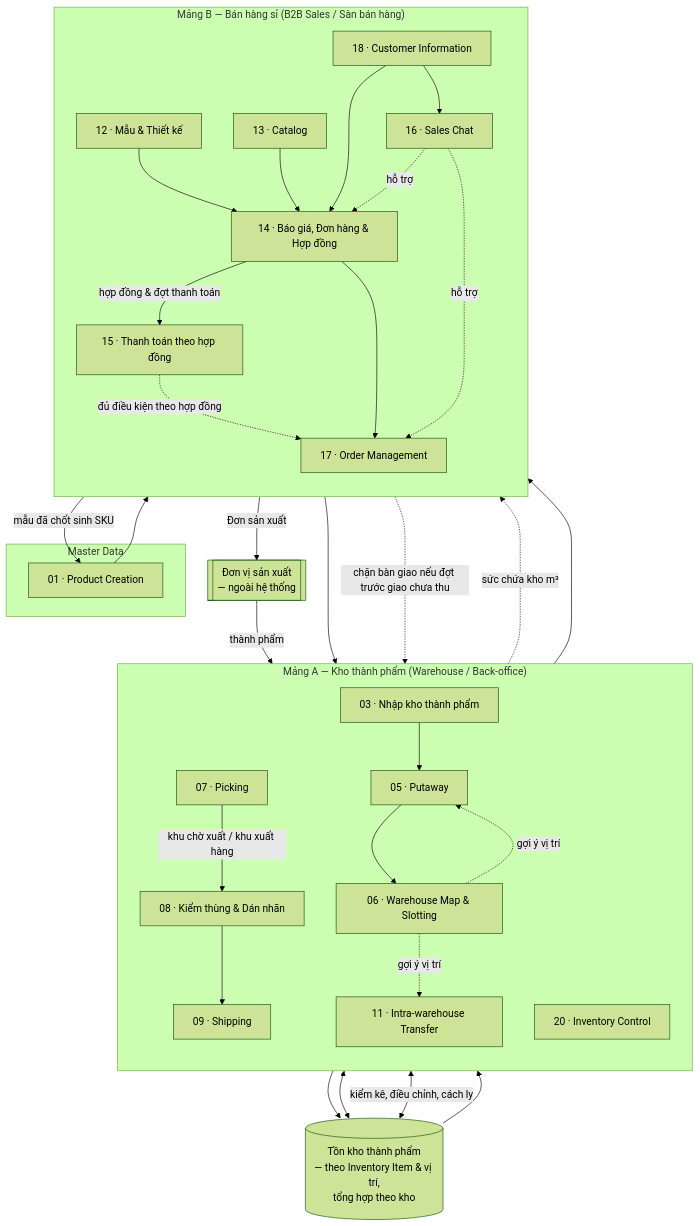
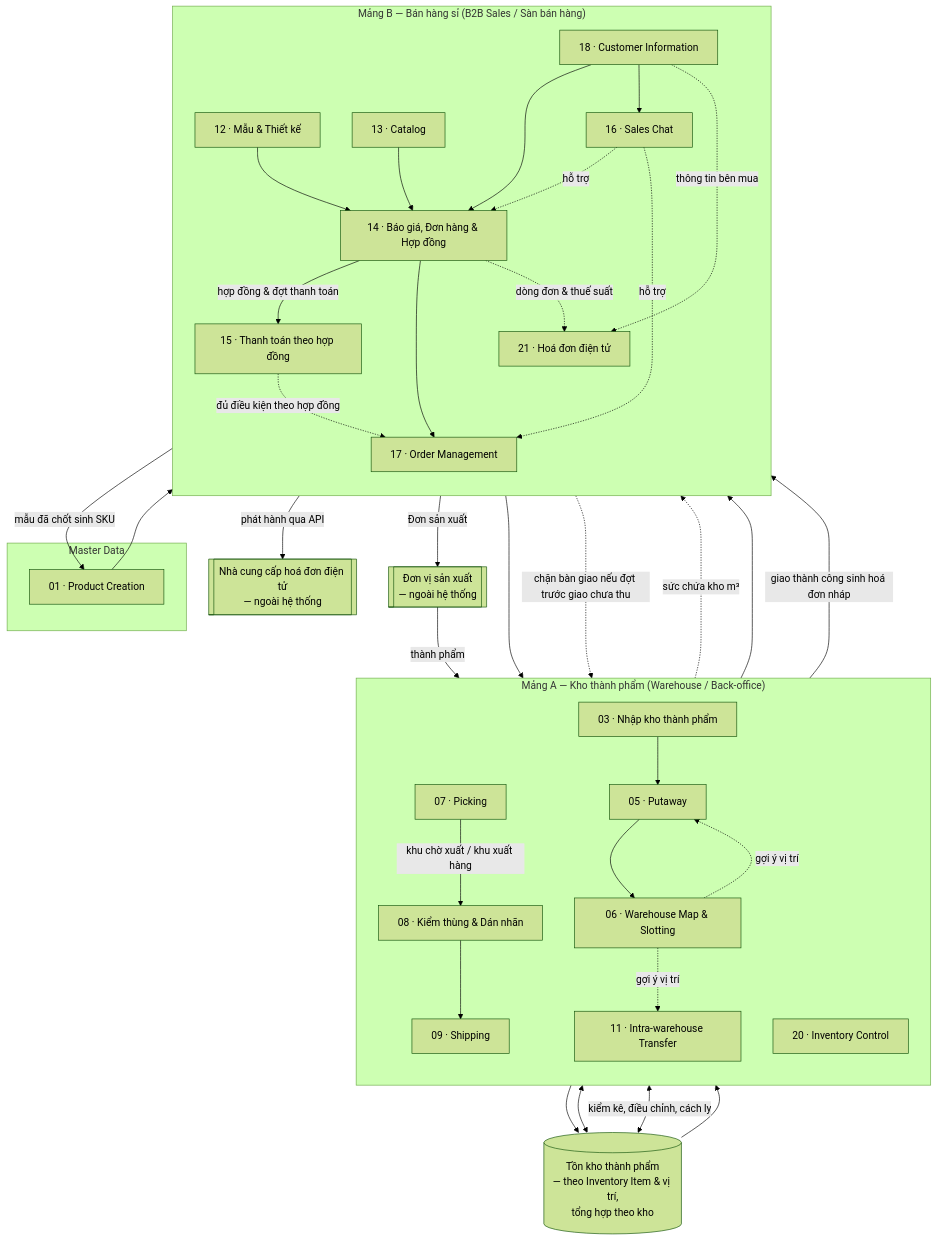
The second of 3 diagrams in docs/00-system-overview/README.md (KLTN-FA26/docs), drawn with Mermaid (forest theme) before and after one commit. The commit also changed other lines of this file and 16 other files, not shown here.

````diff
--- a/docs/00-system-overview/README.md
+++ b/docs/00-system-overview/README.md
@@ -187,63 +194,69 @@
 ```mermaid
 flowchart TB
     subgraph MASTER["Master Data"]
         PC[01 · Product Creation]
     end
 
     subgraph WH["Mảng A — Kho thành phẩm (Warehouse / Back-office)"]
         direction TB
         RC[03 · Nhập kho thành phẩm]
         PA[05 · Putaway]
         MAP[06 · Warehouse Map & Slotting]
         PICK[07 · Picking]
         PACK[08 · Kiểm thùng & Dán nhãn]
         SHIP[09 · Shipping]
         INTRA[11 · Intra-warehouse Transfer]
         CTRL[20 · Inventory Control]
     end
 
     subgraph EC["Mảng B — Bán hàng sỉ (B2B Sales / Sàn bán hàng)"]
         direction TB
         DSN[12 · Mẫu & Thiết kế]
         CAT[13 · Catalog]
         CO[14 · Báo giá, Đơn hàng & Hợp đồng]
         PAY[15 · Thanh toán theo hợp đồng]
         CHAT[16 · Sales Chat]
         OM[17 · Order Management]
         CIM[18 · Customer Information]
+        EINV[21 · Hoá đơn điện tử]
     end
 
     PRODEXT[[Đơn vị sản xuất\n— ngoài hệ thống]]
+    EINVP[[Nhà cung cấp hoá đơn điện tử\n— ngoài hệ thống]]
     INVENTORY[(Tồn kho thành phẩm\n— theo Inventory Item & vị trí,\ntổng hợp theo kho)]
 
     DSN -- mẫu đã chốt sinh SKU --> PC
     PC --> CAT
     CAT --> CO
     DSN --> CO
     CHAT -. hỗ trợ .-> CO
     CHAT -. hỗ trợ .-> OM
     CIM --> CO
     CIM --> CHAT
     CO -- hợp đồng & đợt thanh toán --> PAY
     CO --> OM
     PAY -. đủ điều kiện theo hợp đồng .-> OM
 
     OM -- Đơn sản xuất --> PRODEXT
     PRODEXT -- thành phẩm --> RC
     RC --> PA
     PA --> MAP
     MAP -. gợi ý vị trí .-> PA
     PA --> INVENTORY
     MAP -. sức chứa kho m³ .-> OM
 
     OM --> PICK
     INVENTORY --> PICK
     PICK -- khu chờ xuất / khu xuất hàng --> PACK
     PACK --> SHIP
     PAY -. chặn bàn giao nếu đợt trước giao chưa thu .-> SHIP
     SHIP --> OM
+    SHIP -- giao thành công sinh hoá đơn nháp --> EINV
+    CO -. dòng đơn & thuế suất .-> EINV
+    CIM -. thông tin bên mua .-> EINV
+    EINV -- phát hành qua API --> EINVP
 
     INTRA <--> INVENTORY
     CTRL <-->|kiểm kê, điều chỉnh, cách ly| INVENTORY
     MAP -. gợi ý vị trí .-> INTRA
 ```
````
